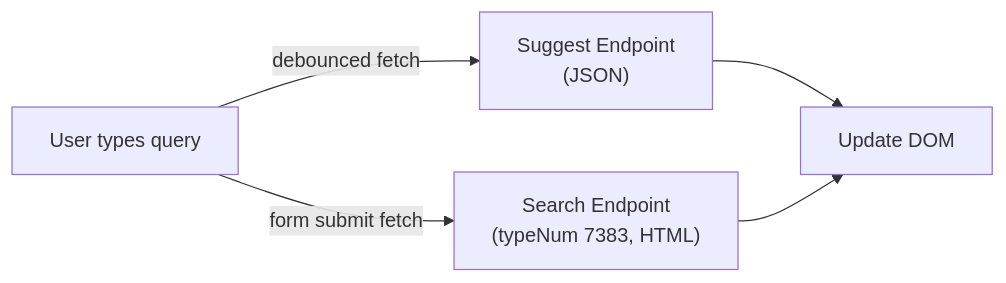
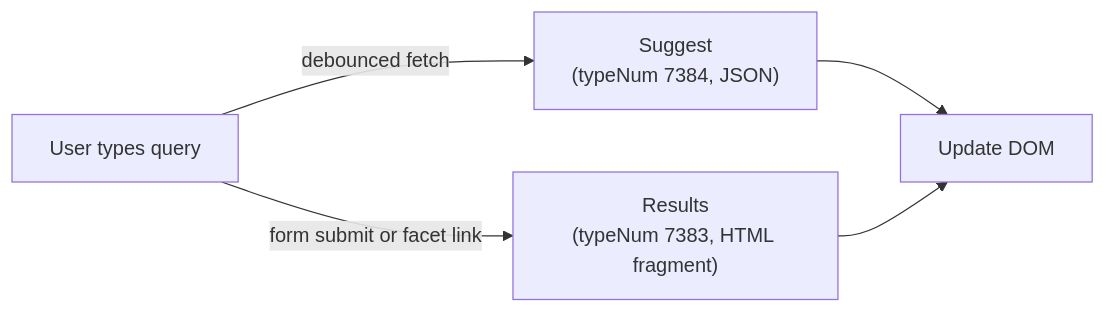
The diagram in skills/typo3-solr/SKILL-FRONTEND.md (dirnbauer/typo3-skills), drawn with Mermaid before and after one commit. The commit also changed other lines of this file and 10 other files, not shown here.

````diff
--- a/skills/typo3-solr/SKILL-FRONTEND.md
+++ b/skills/typo3-solr/SKILL-FRONTEND.md
@@ -19,11 +71,11 @@
 ```mermaid
 graph LR
     Input["User types query"]
-    Suggest["Suggest Endpoint<br/>(JSON)"]
-    Search["Search Endpoint<br/>(typeNum 7383, HTML)"]
+    Suggest["Suggest<br/>(typeNum 7384, JSON)"]
+    Search["Results<br/>(typeNum 7383, HTML fragment)"]
     DOM["Update DOM"]
     Input -->|debounced fetch| Suggest
-    Input -->|form submit fetch| Search
+    Input -->|form submit or facet link| Search
     Suggest --> DOM
     Search --> DOM
 ```
````
